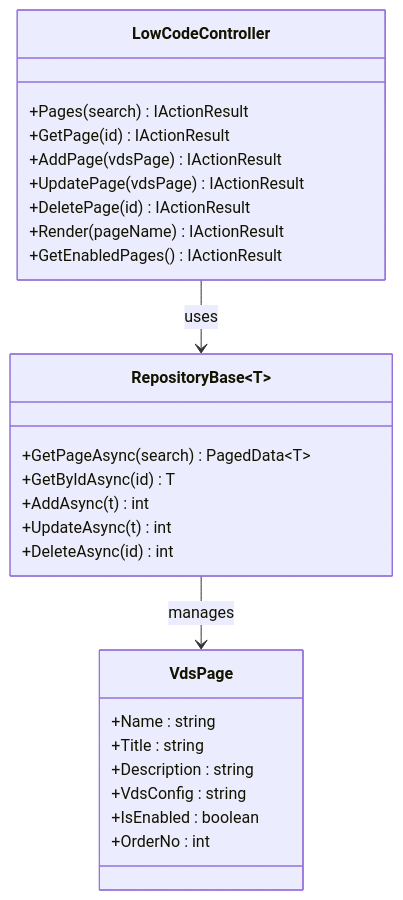
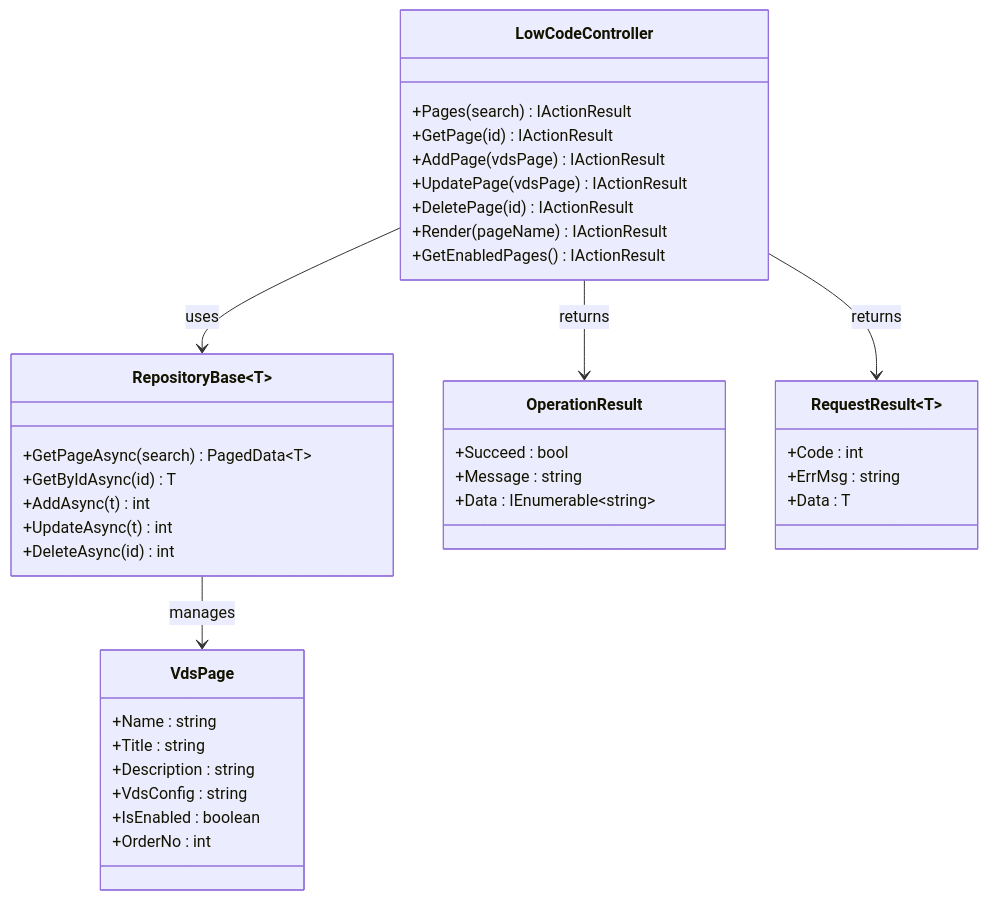
Diagram 19 of 21 in .qoder/repowiki/zh/content/VDS配置器JavaScript库.md (Sosososolong/AirGo), drawn with Mermaid before and after one commit. The commit also changed other lines of this file and 6 other files, not shown here.

````diff
--- a/.qoder/repowiki/zh/content/VDS配置器JavaScript库.md
+++ b/.qoder/repowiki/zh/content/VDS配置器JavaScript库.md
@@ -524,29 +604,41 @@
 ```mermaid
 classDiagram
 class LowCodeController {
 +Pages(search) IActionResult
 +GetPage(id) IActionResult
 +AddPage(vdsPage) IActionResult
 +UpdatePage(vdsPage) IActionResult
 +DeletePage(id) IActionResult
 +Render(pageName) IActionResult
 +GetEnabledPages() IActionResult
 }
 class RepositoryBase~T~ {
 +GetPageAsync(search) PagedData~T~
 +GetByIdAsync(id) T
 +AddAsync(t) int
 +UpdateAsync(t) int
 +DeleteAsync(id) int
 }
 class VdsPage {
 +Name : string
 +Title : string
 +Description : string
 +VdsConfig : string
 +IsEnabled : boolean
 +OrderNo : int
 }
+class OperationResult {
++Succeed : bool
++Message : string
++Data : IEnumerable~string~
+}
+class RequestResult~T~ {
++Code : int
++ErrMsg : string
++Data : T
+}
 LowCodeController --> RepositoryBase~VdsPage~ : uses
 RepositoryBase~VdsPage~ --> VdsPage : manages
+LowCodeController --> OperationResult : returns
+LowCodeController --> RequestResult~T~ : returns
 ```
````
